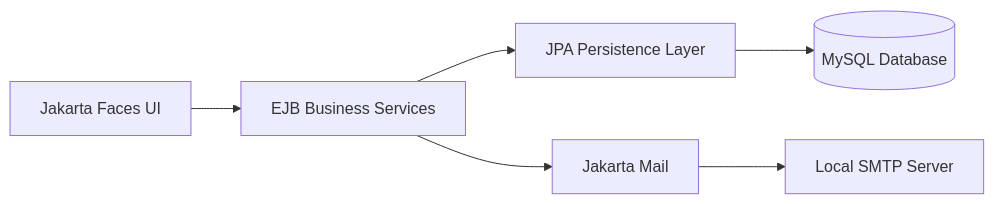
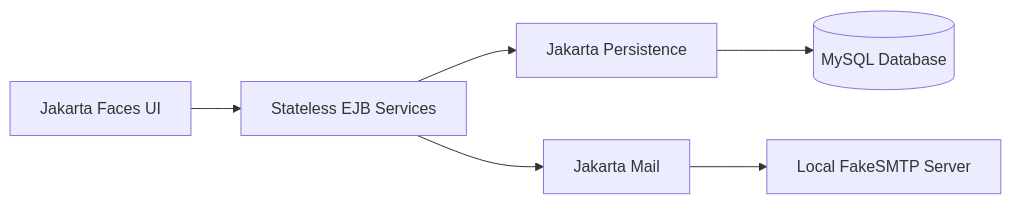
The diagram in README.md (JeraldBucud/smarttech-ebusiness-system), drawn with Mermaid before and after one commit. The commit also changed other lines of this file, not shown here.

````diff
--- a/README.md
+++ b/README.md
@@ -51,8 +50,8 @@
 ```mermaid
 flowchart LR
-    A[Jakarta Faces UI] --> B[EJB Business Services]
-    B --> C[JPA Persistence Layer]
+    A[Jakarta Faces UI] --> B[Stateless EJB Services]
+    B --> C[Jakarta Persistence]
     C --> D[(MySQL Database)]
     B --> E[Jakarta Mail]
-    E --> F[Local SMTP Server]
+    E --> F[Local FakeSMTP Server]
 ```
````
